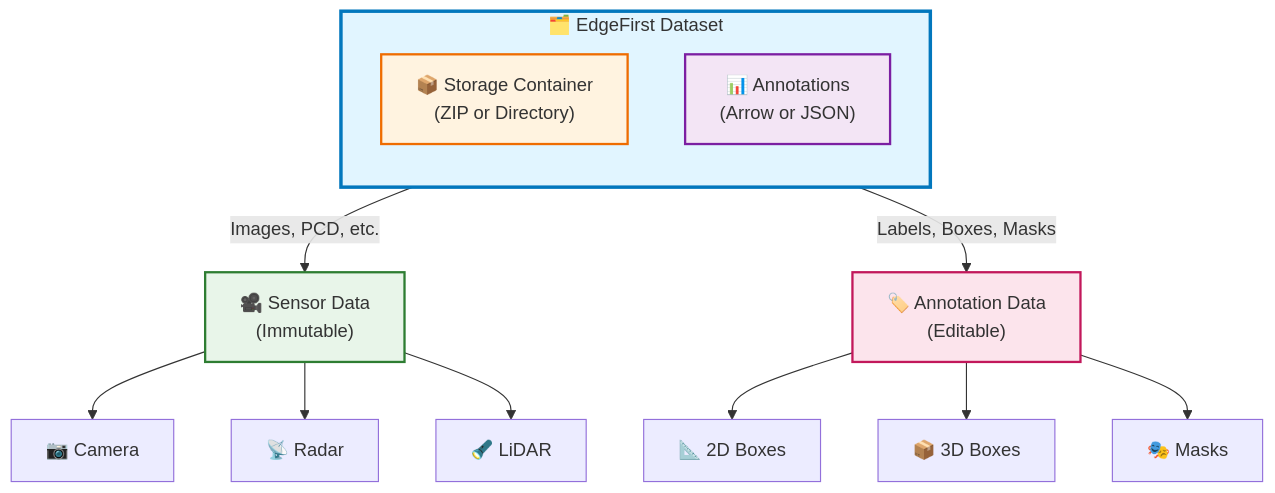
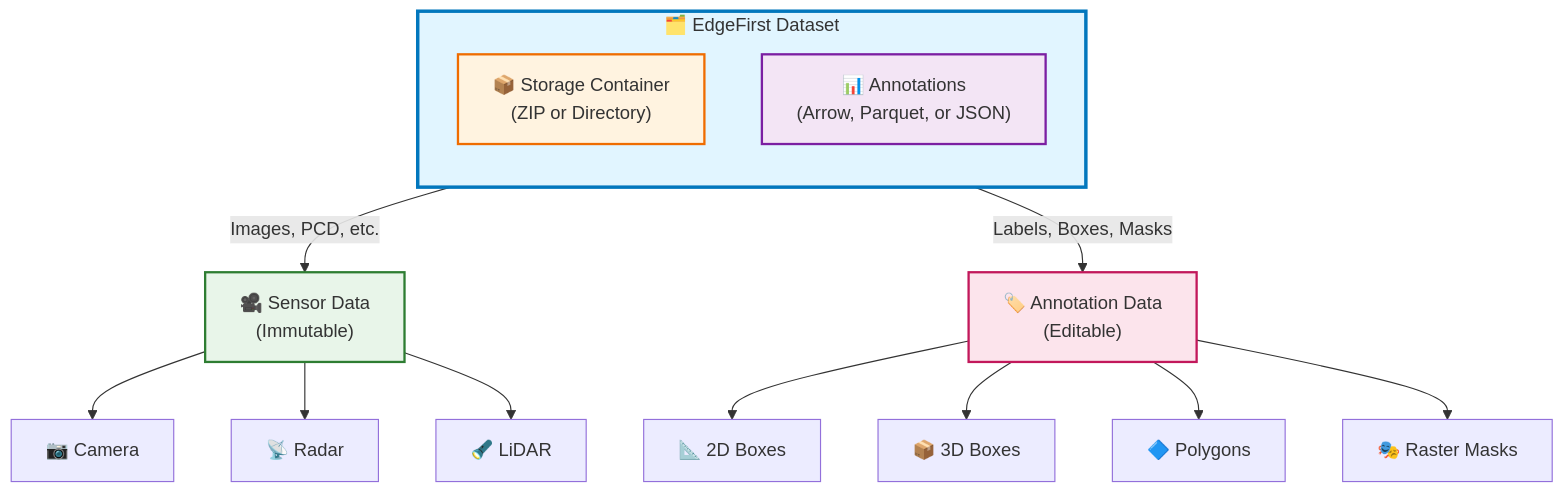
One commit to EdgeFirstAI/client changed the first of 5 diagrams in DATASET_FORMAT.md. Above: the diagram before and after it, drawn with Mermaid. The commit also changed other lines of this file, not shown here.

First line of the commit message:
EDGEAI-2492: Update DATASET_FORMAT.md for 2026.04 schema

````diff
--- a/DATASET_FORMAT.md
+++ b/DATASET_FORMAT.md
@@ -42,25 +46,26 @@
 ```mermaid
 graph TB
     subgraph Dataset["🗂️ EdgeFirst Dataset"]
         direction TB
         Storage["📦 Storage Container<br/>(ZIP or Directory)"]
-        Annotations["📊 Annotations<br/>(Arrow or JSON)"]
+        Annotations["📊 Annotations<br/>(Arrow, Parquet, or JSON)"]
     end
     
     Storage --> |"Images, PCD, etc."| Sensor["🎥 Sensor Data<br/>(Immutable)"]
     Annotations --> |"Labels, Boxes, Masks"| Labels["🏷️ Annotation Data<br/>(Editable)"]
     
     Sensor --> Camera["📷 Camera"]
     Sensor --> Radar["📡 Radar"]
     Sensor --> LiDAR["🔦 LiDAR"]
     
     Labels --> Box2D["📐 2D Boxes"]
     Labels --> Box3D["📦 3D Boxes"]
-    Labels --> Masks["🎭 Masks"]
+    Labels --> Polygons["🔷 Polygons"]
+    Labels --> Masks["🎭 Raster Masks"]
     
     style Dataset fill:#e1f5ff,stroke:#0277bd,stroke-width:3px
     style Storage fill:#fff3e0,stroke:#ef6c00,stroke-width:2px
     style Annotations fill:#f3e5f5,stroke:#7b1fa2,stroke-width:2px
     style Sensor fill:#e8f5e9,stroke:#2e7d32,stroke-width:2px
     style Labels fill:#fce4ec,stroke:#c2185b,stroke-width:2px
 ```
````
